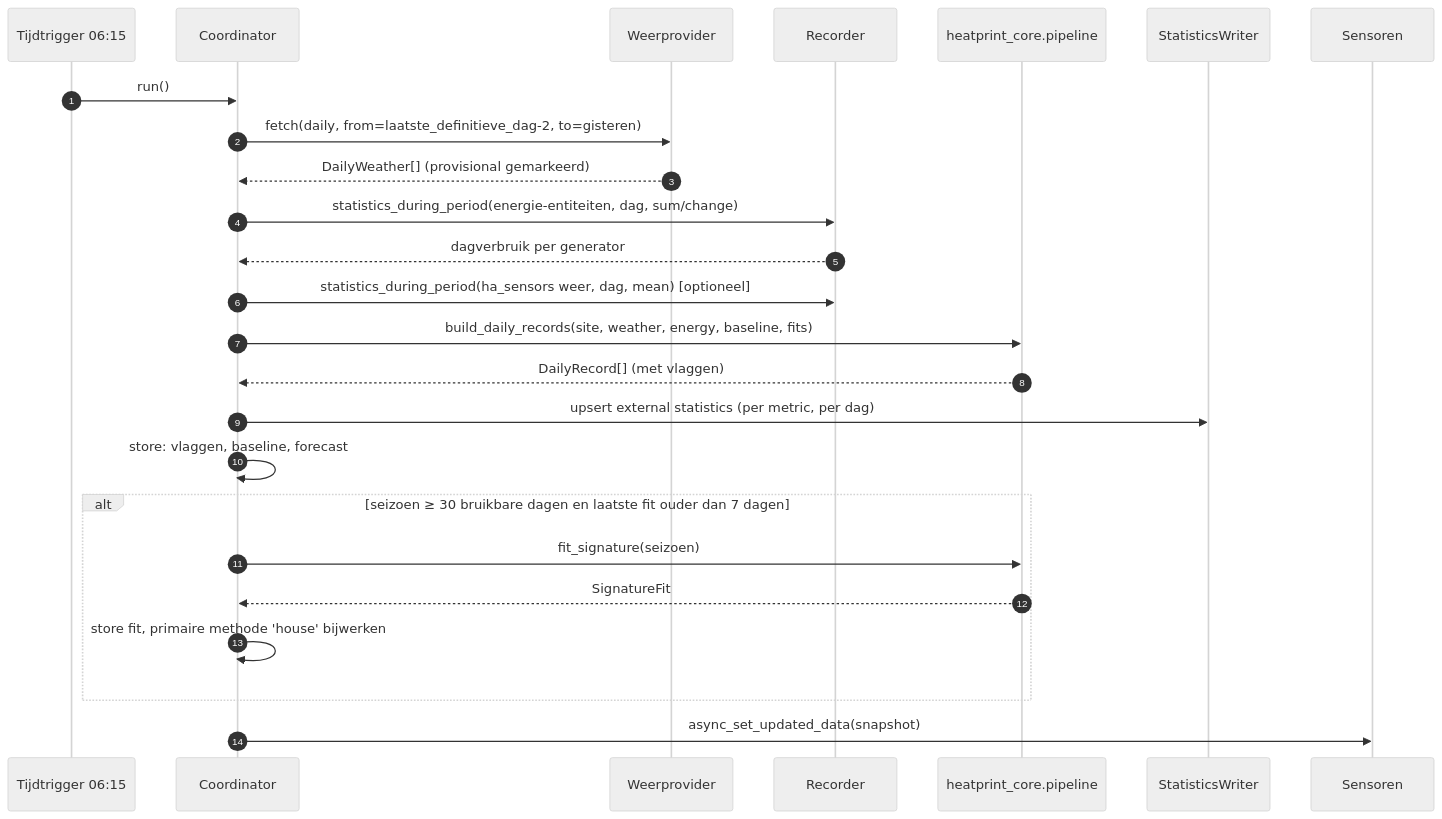
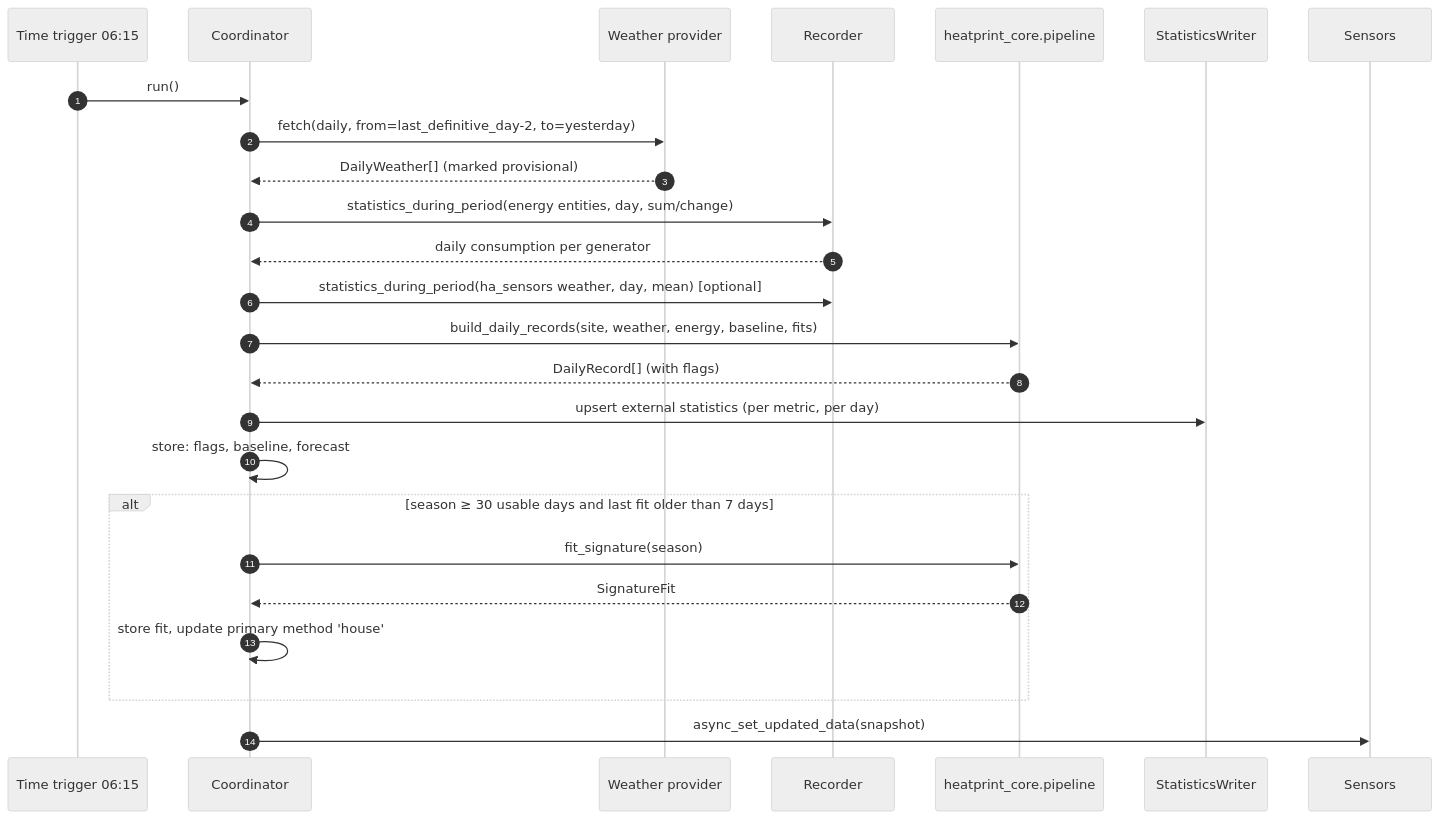
One commit to nicohabets/heatprint changed the third of 3 diagrams in docs/ARCHITECTURE.md. Above: the diagram before and after it, drawn with Mermaid (neutral theme). The commit also changed other lines of this file and 20 other files, not shown here.

````diff
--- a/docs/ARCHITECTURE.md
+++ b/docs/ARCHITECTURE.md
@@ -106,28 +107,28 @@
 ```mermaid
 sequenceDiagram
     autonumber
-    participant T as Tijdtrigger 06:15
+    participant T as Time trigger 06:15
     participant C as Coordinator
-    participant WP as Weerprovider
+    participant WP as Weather provider
     participant REC as Recorder
     participant CORE as heatprint_core.pipeline
     participant ST as StatisticsWriter
-    participant S as Sensoren
+    participant S as Sensors
 
     T->>C: run()
-    C->>WP: fetch(daily, from=laatste_definitieve_dag-2, to=gisteren)
-    WP-->>C: DailyWeather[] (provisional gemarkeerd)
-    C->>REC: statistics_during_period(energie-entiteiten, dag, sum/change)
-    REC-->>C: dagverbruik per generator
-    C->>REC: statistics_during_period(ha_sensors weer, dag, mean) [optioneel]
+    C->>WP: fetch(daily, from=last_definitive_day-2, to=yesterday)
+    WP-->>C: DailyWeather[] (marked provisional)
+    C->>REC: statistics_during_period(energy entities, day, sum/change)
+    REC-->>C: daily consumption per generator
+    C->>REC: statistics_during_period(ha_sensors weather, day, mean) [optional]
     C->>CORE: build_daily_records(site, weather, energy, baseline, fits)
-    CORE-->>C: DailyRecord[] (met vlaggen)
-    C->>ST: upsert external statistics (per metric, per dag)
-    C->>C: store: vlaggen, baseline, forecast
-    alt seizoen ≥ 30 bruikbare dagen en laatste fit ouder dan 7 dagen
-        C->>CORE: fit_signature(seizoen)
+    CORE-->>C: DailyRecord[] (with flags)
+    C->>ST: upsert external statistics (per metric, per day)
+    C->>C: store: flags, baseline, forecast
+    alt season ≥ 30 usable days and last fit older than 7 days
+        C->>CORE: fit_signature(season)
         CORE-->>C: SignatureFit
-        C->>C: store fit, primaire methode 'house' bijwerken
+        C->>C: store fit, update primary method 'house'
     end
     C->>S: async_set_updated_data(snapshot)
 ```
````
